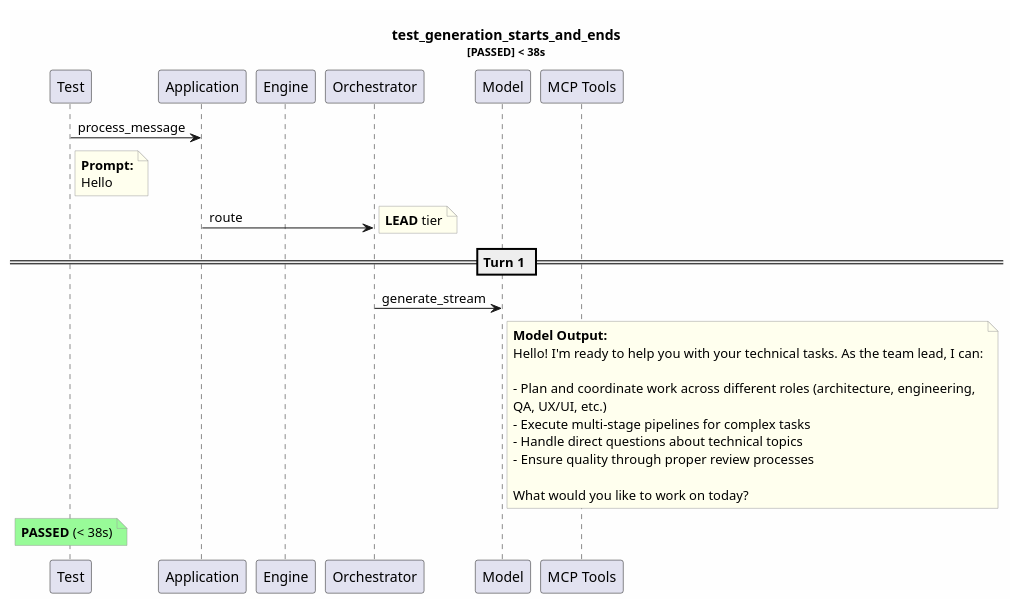
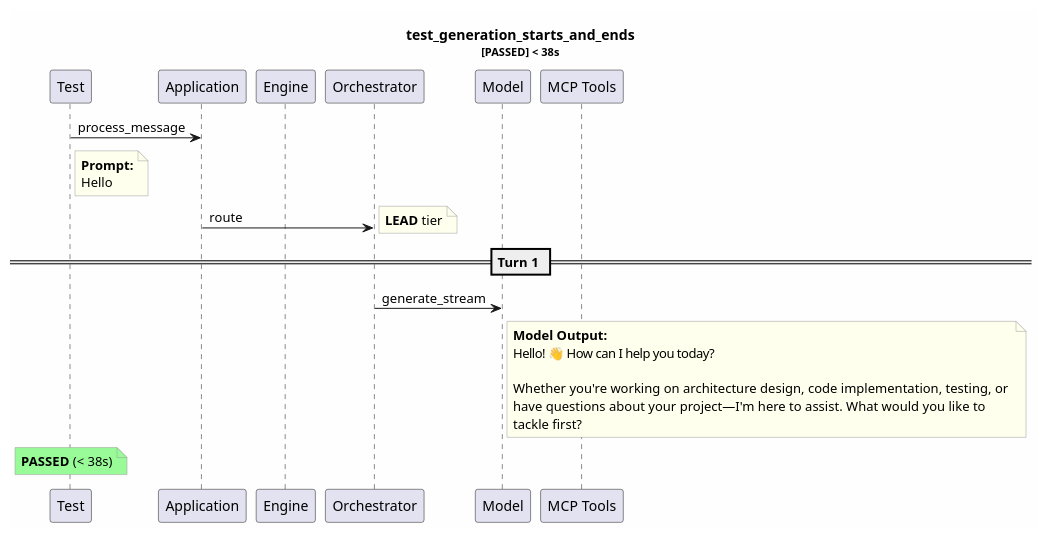
One commit to tvanfossen/entropic changed the diagram in test-reports/logs/test_generation_starts_and_ends/test_generation_starts_and_ends.puml. Above: the diagram before and after it, drawn with PlantUML. The commit also changed 12 other files, not shown here.

```diff
--- a/test-reports/logs/test_generation_starts_and_ends/test_generation_starts_and_ends.puml
+++ b/test-reports/logs/test_generation_starts_and_ends/test_generation_starts_and_ends.puml
@@ -1,39 +1,35 @@
 @startuml
 skinparam backgroundColor #FEFEFE
 skinparam noteBorderColor #999999
 skinparam noteBackgroundColor #FFFFEE
 title test_generation_starts_and_ends\n<size:11>[PASSED] < 38s</size>
 
 participant "Test" as T
 participant "Application" as App
 participant "Engine" as Eng
 participant "Orchestrator" as Orch
 participant "Model" as Mdl
 participant "MCP Tools" as MCP
 
 T -> App: process_message
 note right of T
   **Prompt:**
   Hello
 end note
 App -> Orch: route
 note right: **LEAD** tier
 == Turn 1 ==
 Orch -> Mdl: generate_stream
 note right of Mdl
   **Model Output:**
-  Hello! I'm ready to help you with your technical tasks. As the team lead, I can:
+  Hello! 👋 How can I help you today? 
   
-  - Plan and coordinate work across different roles (architecture, engineering, 
-  QA, UX/UI, etc.)
-  - Execute multi-stage pipelines for complex tasks
-  - Handle direct questions about technical topics
-  - Ensure quality through proper review processes
-  
-  What would you like to work on today?
+  Whether you're working on architecture design, code implementation, testing, or 
+  have questions about your project—I'm here to assist. What would you like to 
+  tackle first?
 end note
 note over T #palegreen
   **PASSED** (< 38s)
 end note
 
 @enduml
```
